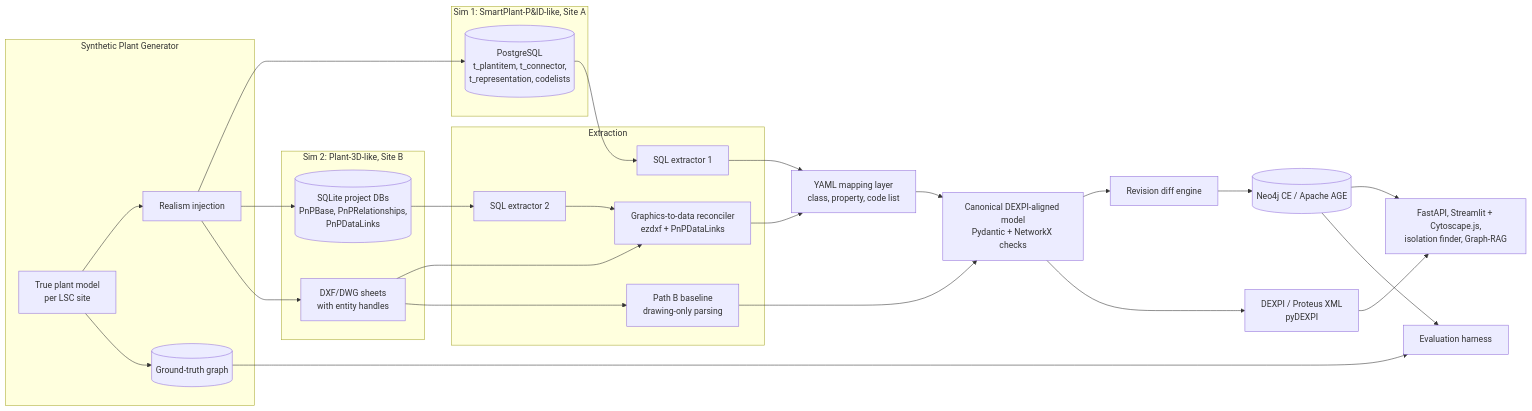
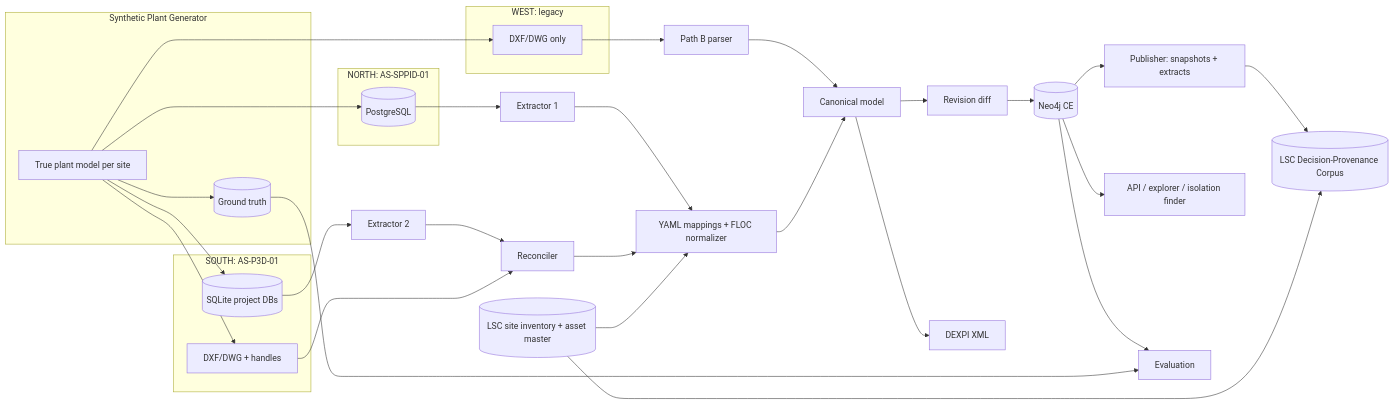
The diagram in docs/charter/cad-kgh-project-charter.md (aadehamid/enterprise-context-engineering), drawn with Mermaid before and after one commit. The commit also changed other lines of this file and 2 other files, not shown here.

First line of the commit message:
Replace CAD-KGH charter with v3.1 identity and corpus interface

````diff
--- a/docs/charter/cad-kgh-project-charter.md
+++ b/docs/charter/cad-kgh-project-charter.md
@@ -176,43 +225,40 @@
 ```mermaid
 flowchart LR
   subgraph GEN[Synthetic Plant Generator]
-    TRUE[True plant model<br/>per LSC site]
-    GT[(Ground-truth graph)]
-    NOISE[Realism injection]
+    TRUE[True plant model per site]
+    GT[(Ground truth)]
   end
 
-  subgraph S1[Sim 1: SmartPlant-P&ID-like, Site A]
-    PG[(PostgreSQL<br/>t_plantitem, t_connector,<br/>t_representation, codelists)]
+  subgraph NORTH[NORTH: AS-SPPID-01]
+    PG[(PostgreSQL)]
   end
 
-  subgraph S2[Sim 2: Plant-3D-like, Site B]
-    DCF[(SQLite project DBs<br/>PnPBase, PnPRelationships,<br/>PnPDataLinks)]
-    DWG[DXF/DWG sheets<br/>with entity handles]
+  subgraph SOUTH[SOUTH: AS-P3D-01]
+    DCF[(SQLite project DBs)]
+    DWG[DXF/DWG + handles]
   end
 
-  subgraph EXT[Extraction]
-    E1[SQL extractor 1]
-    E2[SQL extractor 2]
-    REC[Graphics-to-data reconciler<br/>ezdxf + PnPDataLinks]
-    PB[Path B baseline<br/>drawing-only parsing]
+  subgraph WEST[WEST: legacy]
+    LDWG[DXF/DWG only]
   end
 
-  MAP[YAML mapping layer<br/>class, property, code list]
-  CAN[Canonical DEXPI-aligned model<br/>Pydantic + NetworkX checks]
-  DIFF[Revision diff engine]
-  DEXPI[DEXPI / Proteus XML<br/>pyDEXPI]
-  KG[(Neo4j CE / Apache AGE)]
-  APP[FastAPI, Streamlit + Cytoscape.js,<br/>isolation finder, Graph-RAG]
-  EVAL[Evaluation harness]
+  E1[Extractor 1] --> MAP
+  E2[Extractor 2] --> REC[Reconciler] --> MAP
+  PB[Path B parser] --> CAN
+  MAP[YAML mappings + FLOC normalizer] --> CAN[Canonical model]
+  CAN --> DIFF[Revision diff] --> KG[(Neo4j CE)]
+  CAN --> DEXPI[DEXPI XML]
+  KG --> PUB[Publisher: snapshots + extracts]
+  PUB --> CORPUS[(LSC Decision-Provenance Corpus)]
+  KG --> APP[API / explorer / isolation finder]
+  KG --> EVAL[Evaluation]
+  ASSET[(LSC site inventory + asset master)] --> MAP
+  ASSET --> CORPUS
 
-  TRUE --> NOISE --> PG & DCF & DWG
+  TRUE --> PG & DCF & DWG & LDWG
   TRUE --> GT --> EVAL
-  PG --> E1 --> MAP
-  DCF --> E2 --> REC
-  DWG --> REC --> MAP
-  DWG --> PB --> CAN
-  MAP --> CAN --> DIFF --> KG
-  CAN --> DEXPI --> APP
-  KG --> APP
-  KG --> EVAL
+  PG --> E1
+  DCF --> E2
+  DWG --> REC
+  LDWG --> PB
 ```
````
